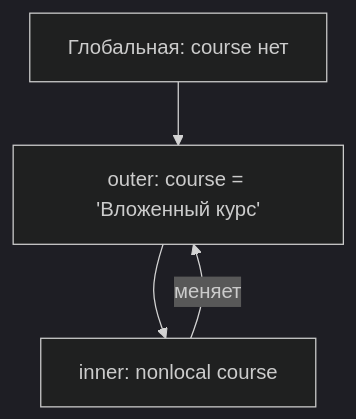
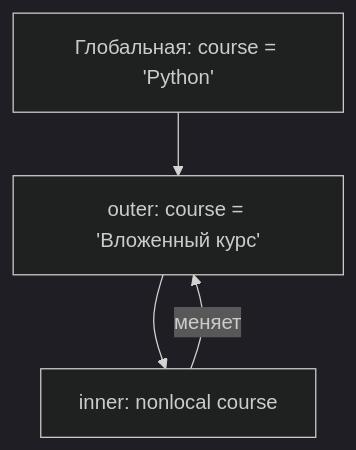
The diagram in solutions/lab_03/REPORT.md (ZNackly/fai_topit_fundamentals_of_programming), drawn with Mermaid (dark theme) before and after one commit.

````diff
--- a/solutions/lab_03/REPORT.md
+++ b/solutions/lab_03/REPORT.md
@@ -99,9 +99,9 @@
 ```mermaid
 flowchart TB
-    G["Глобальная: course нет"]
+    G["Глобальная: course = 'Python'"]
     O["outer: course = 'Вложенный курс'"]
     I["inner: nonlocal course"]
 
     G --> O --> I
     I -->|"меняет"| O
 ```
````
